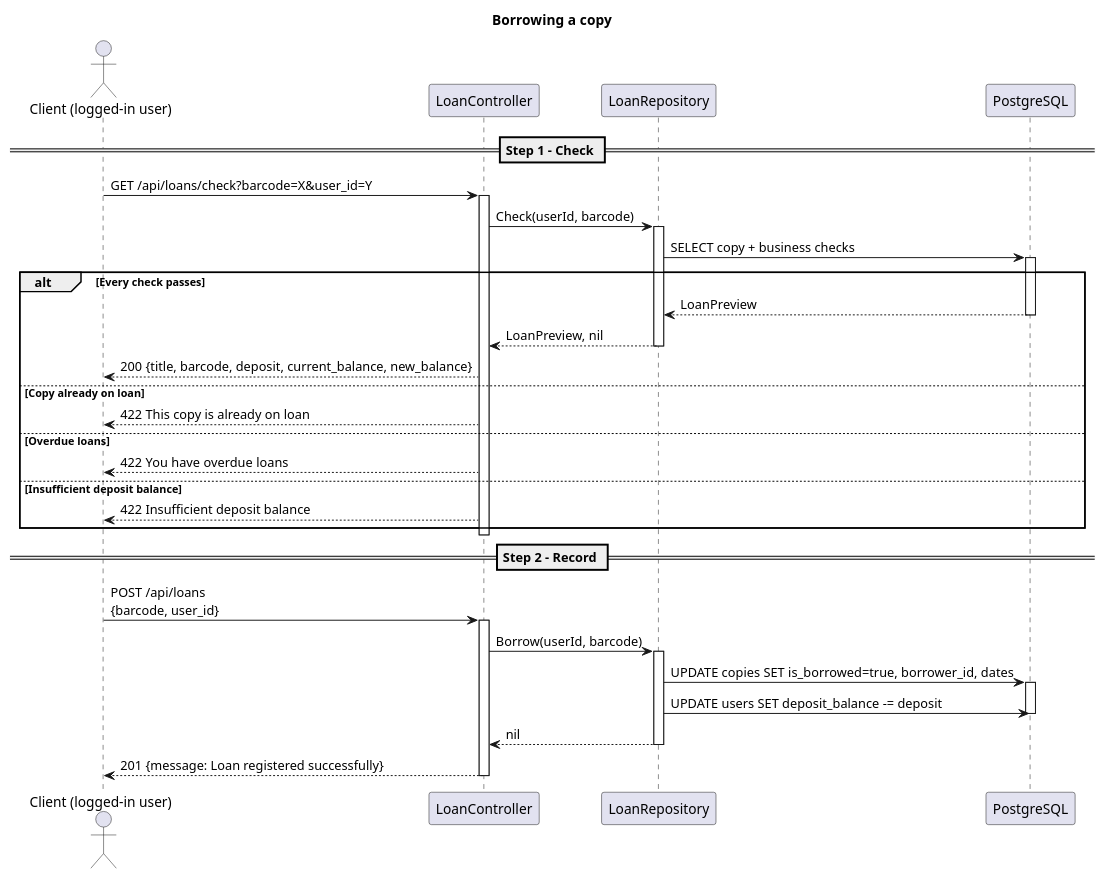
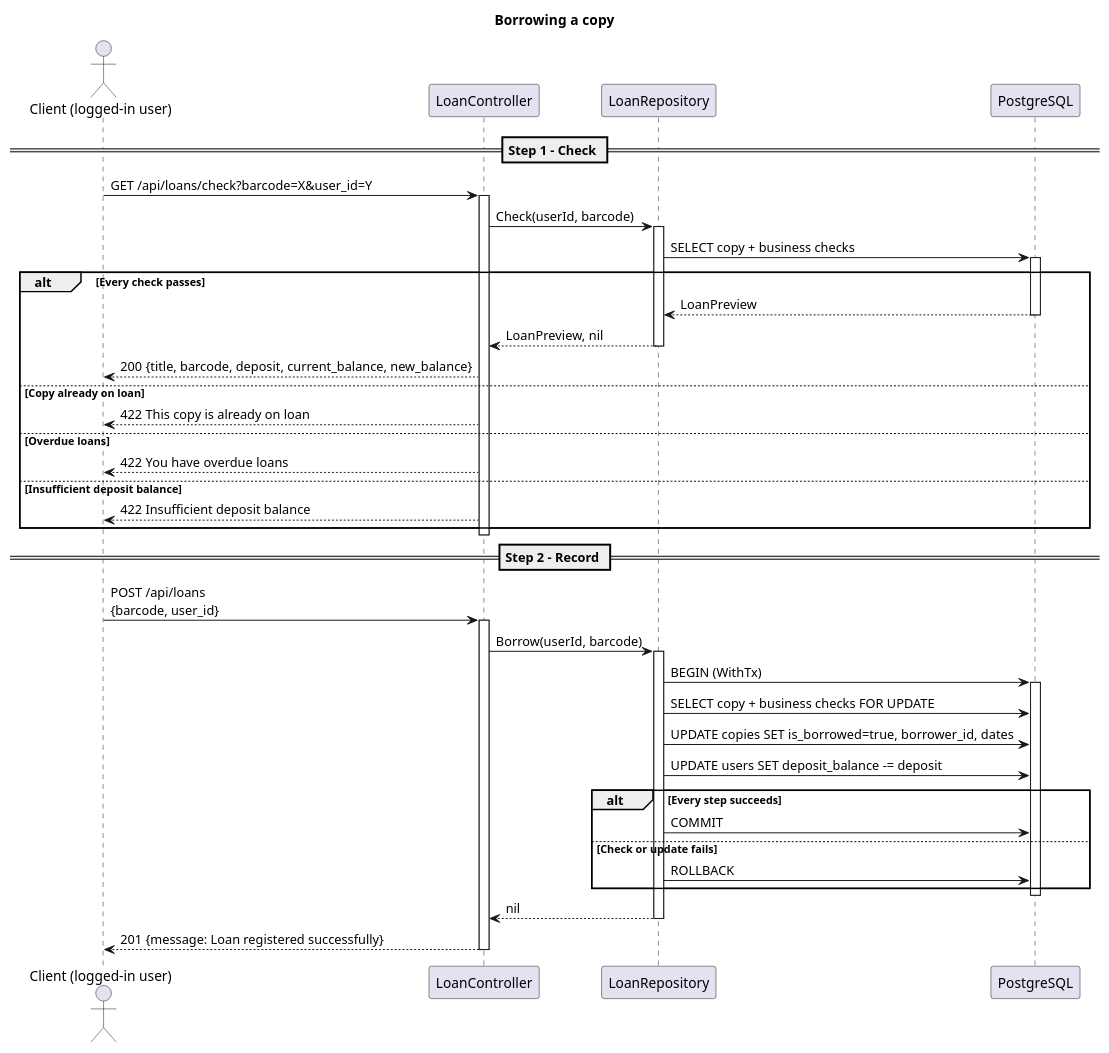
One commit to linlin56/library changed the diagram in back/diagrams/02_loan.puml. Above: the diagram before and after it, drawn with PlantUML. The commit also changed 11 other files, not shown here.

```diff
--- a/back/diagrams/02_loan.puml
+++ b/back/diagrams/02_loan.puml
@@ -1,44 +1,51 @@
 @startuml
 title Borrowing a copy
 
 actor "Client (logged-in user)" as C
 participant "LoanController" as CTL
 participant "LoanRepository" as LR
 participant "PostgreSQL" as DB
 
 == Step 1 - Check ==
 C -> CTL : GET /api/loans/check?barcode=X&user_id=Y
 activate CTL
 CTL -> LR : Check(userId, barcode)
 activate LR
 LR -> DB : SELECT copy + business checks
 activate DB
 alt Every check passes
 DB --> LR : LoanPreview
 deactivate DB
 LR --> CTL : LoanPreview, nil
 deactivate LR
 CTL --> C : 200 {title, barcode, deposit, current_balance, new_balance}
 else Copy already on loan
 CTL --> C : 422 This copy is already on loan
 else Overdue loans
 CTL --> C : 422 You have overdue loans
 else Insufficient deposit balance
 CTL --> C : 422 Insufficient deposit balance
 end
 deactivate CTL
 
 == Step 2 - Record ==
 C -> CTL : POST /api/loans\n{barcode, user_id}
 activate CTL
 CTL -> LR : Borrow(userId, barcode)
 activate LR
+LR -> DB : BEGIN (WithTx)
+activate DB
+LR -> DB : SELECT copy + business checks FOR UPDATE
 LR -> DB : UPDATE copies SET is_borrowed=true, borrower_id, dates
-activate DB
 LR -> DB : UPDATE users SET deposit_balance -= deposit
+alt Every step succeeds
+LR -> DB : COMMIT
+else Check or update fails
+LR -> DB : ROLLBACK
+end
 deactivate DB
 LR --> CTL : nil
 deactivate LR
 CTL --> C : 201 {message: Loan registered successfully}
 deactivate CTL
 @enduml
```
